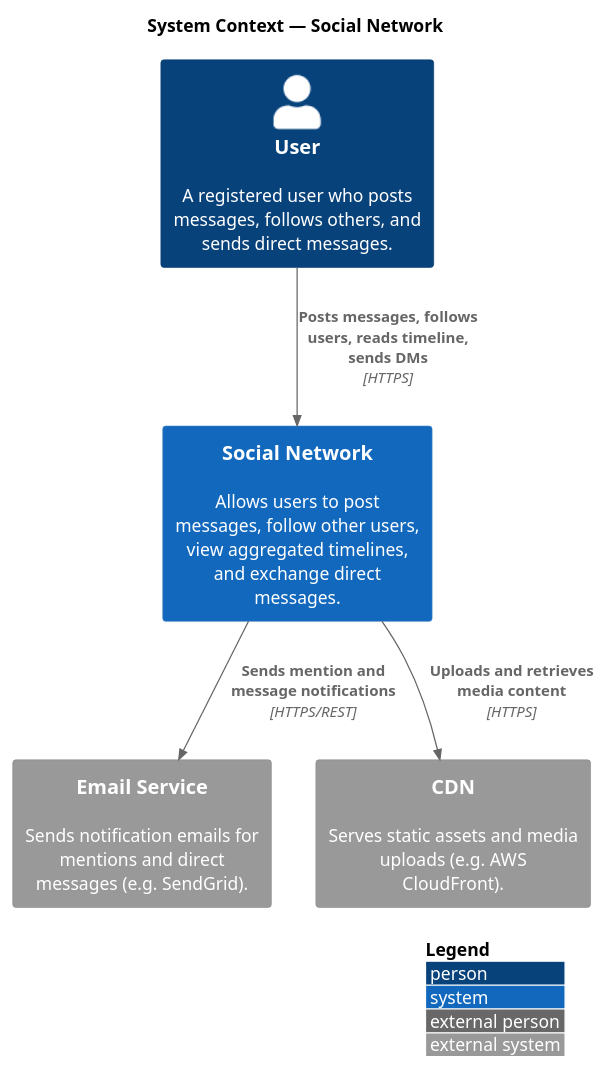
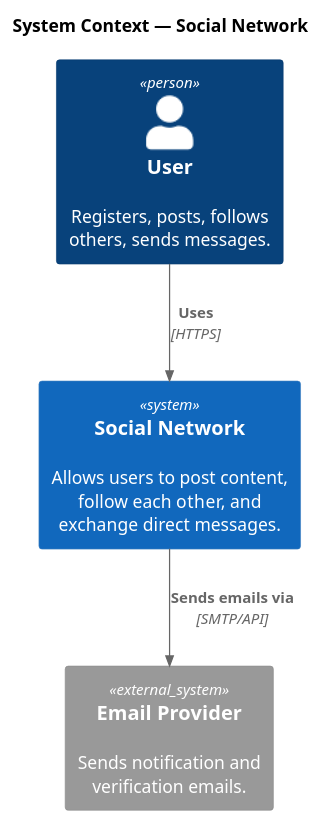
One commit to Ivanovic0245/sdp-powered-by-ai-agents-aleksandar-ivanovic changed the diagram in architecture/diagrams/c4-context.puml. Above: the diagram before and after it, drawn with PlantUML. The commit also changed 16 other files, not shown here.

Commit message:
#5 feat(architecture): add arc42 docs, C4 diagrams, and architecture agent config

```diff
--- a/architecture/diagrams/c4-context.puml
+++ b/architecture/diagrams/c4-context.puml
@@ -1,19 +1,15 @@
 @startuml c4-context
 !include https://raw.githubusercontent.com/plantuml-stdlib/C4-PlantUML/master/C4_Context.puml
 
-LAYOUT_WITH_LEGEND()
-
 title System Context — Social Network
 
-Person(user, "User", "A registered user who posts messages, follows others, and sends direct messages.")
+Person(user, "User", "Registers, posts, follows others, sends messages.")
 
-System(social_network, "Social Network", "Allows users to post messages, follow other users, view aggregated timelines, and exchange direct messages.")
+System(socialNetwork, "Social Network", "Allows users to post content, follow each other, and exchange direct messages.")
 
-System_Ext(email_service, "Email Service", "Sends notification emails for mentions and direct messages (e.g. SendGrid).")
-System_Ext(cdn, "CDN", "Serves static assets and media uploads (e.g. AWS CloudFront).")
+System_Ext(emailProvider, "Email Provider", "Sends notification and verification emails.")
 
-Rel(user, social_network, "Posts messages, follows users, reads timeline, sends DMs", "HTTPS")
-Rel(social_network, email_service, "Sends mention and message notifications", "HTTPS/REST")
-Rel(social_network, cdn, "Uploads and retrieves media content", "HTTPS")
+Rel(user, socialNetwork, "Uses", "HTTPS")
+Rel(socialNetwork, emailProvider, "Sends emails via", "SMTP/API")
 
 @enduml
```
